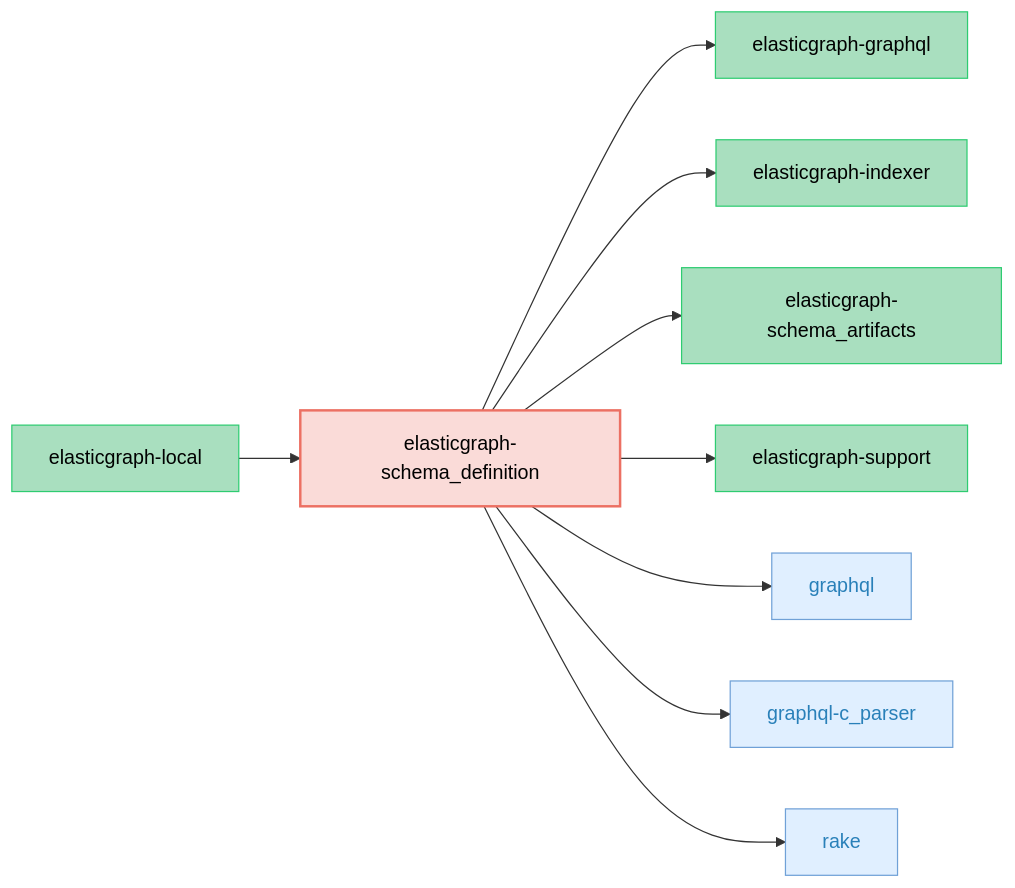
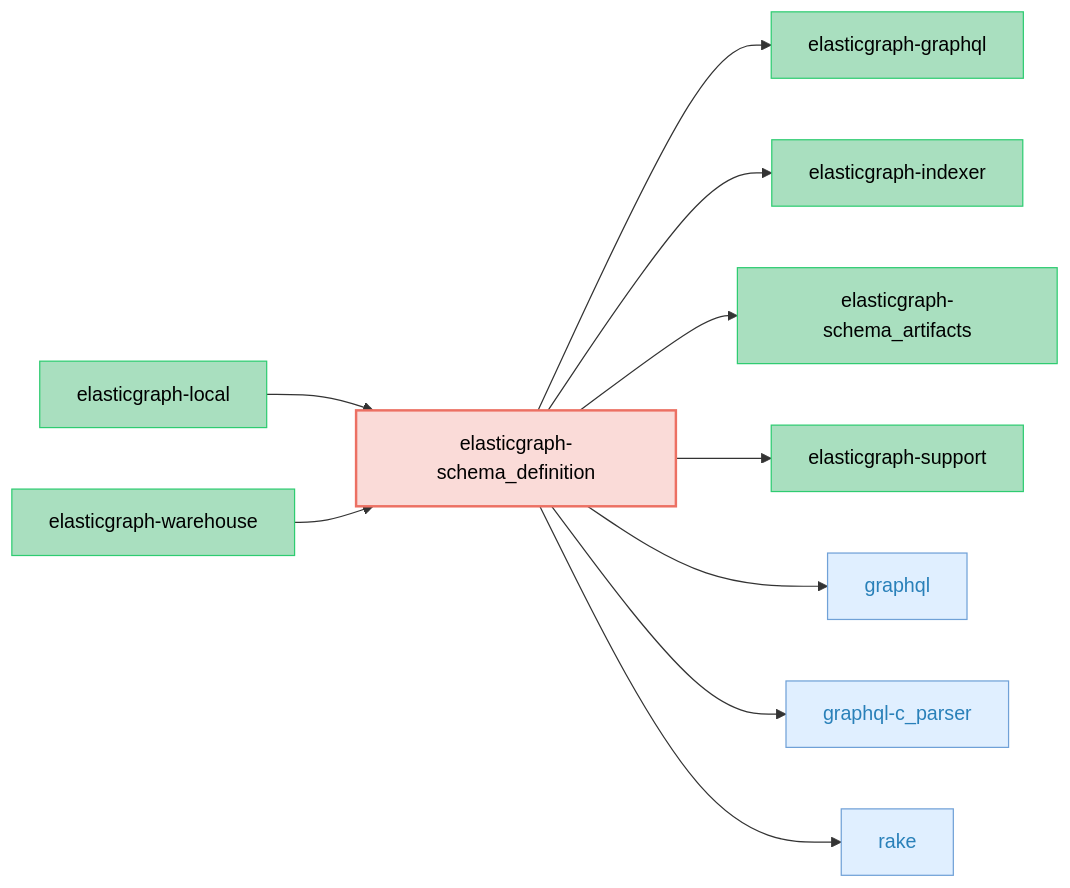
Before and after one commit to ciaran51/elasticgraph: the diagram in elasticgraph-schema_definition/README.md, drawn with Mermaid. The commit also changed 38 other files, not shown here.

````diff
--- a/elasticgraph-schema_definition/README.md
+++ b/elasticgraph-schema_definition/README.md
@@ -11,35 +11,38 @@
 ```mermaid
 graph LR;
     classDef targetGemStyle fill:#FADBD8,stroke:#EC7063,color:#000,stroke-width:2px;
     classDef otherEgGemStyle fill:#A9DFBF,stroke:#2ECC71,color:#000;
     classDef externalGemStyle fill:#E0EFFF,stroke:#70A1D7,color:#2980B9;
     elasticgraph-schema_definition["elasticgraph-schema_definition"];
     class elasticgraph-schema_definition targetGemStyle;
     elasticgraph-graphql["elasticgraph-graphql"];
     elasticgraph-schema_definition --> elasticgraph-graphql;
     class elasticgraph-graphql otherEgGemStyle;
     elasticgraph-indexer["elasticgraph-indexer"];
     elasticgraph-schema_definition --> elasticgraph-indexer;
     class elasticgraph-indexer otherEgGemStyle;
     elasticgraph-schema_artifacts["elasticgraph-schema_artifacts"];
     elasticgraph-schema_definition --> elasticgraph-schema_artifacts;
     class elasticgraph-schema_artifacts otherEgGemStyle;
     elasticgraph-support["elasticgraph-support"];
     elasticgraph-schema_definition --> elasticgraph-support;
     class elasticgraph-support otherEgGemStyle;
     graphql["graphql"];
     elasticgraph-schema_definition --> graphql;
     class graphql externalGemStyle;
     graphql-c_parser["graphql-c_parser"];
     elasticgraph-schema_definition --> graphql-c_parser;
     class graphql-c_parser externalGemStyle;
     rake["rake"];
     elasticgraph-schema_definition --> rake;
     class rake externalGemStyle;
     elasticgraph-local["elasticgraph-local"];
     elasticgraph-local --> elasticgraph-schema_definition;
     class elasticgraph-local otherEgGemStyle;
+    elasticgraph-warehouse["elasticgraph-warehouse"];
+    elasticgraph-warehouse --> elasticgraph-schema_definition;
+    class elasticgraph-warehouse otherEgGemStyle;
     click graphql href "https://rubygems.org/gems/graphql" "Open on RubyGems.org" _blank;
     click graphql-c_parser href "https://rubygems.org/gems/graphql-c_parser" "Open on RubyGems.org" _blank;
     click rake href "https://rubygems.org/gems/rake" "Open on RubyGems.org" _blank;
 ```
````
